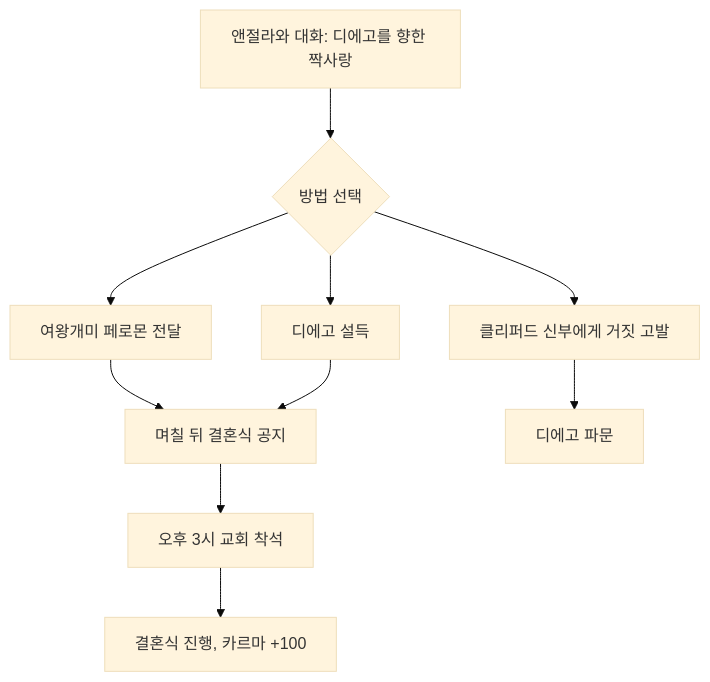
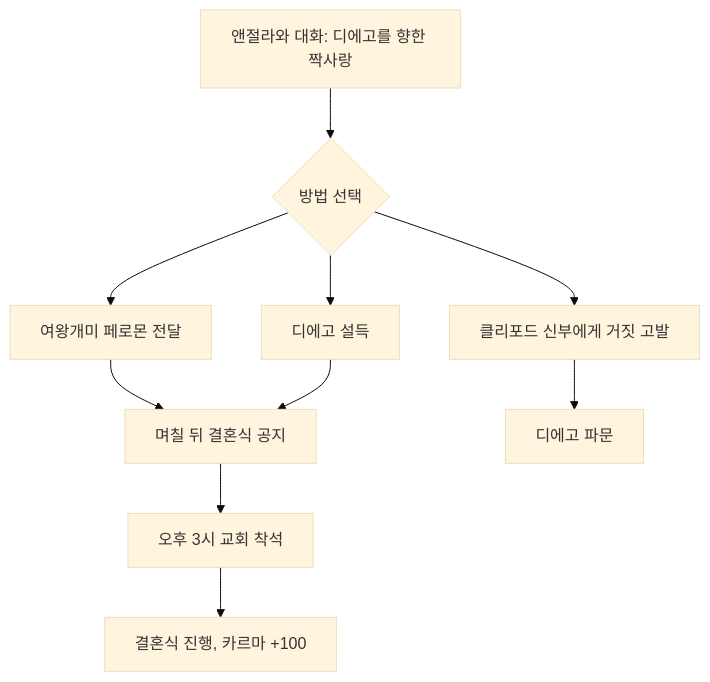
The second of 9 diagrams in docs/reverse-design/07_misc-quests-encounters.md (forsurvive/003), drawn with Mermaid (base theme) before and after one commit. The commit also changed other lines of this file and 17 other files, not shown here.

````diff
--- a/docs/reverse-design/07_misc-quests-encounters.md
+++ b/docs/reverse-design/07_misc-quests-encounters.md
@@ -274,12 +274,12 @@
 ```mermaid
 flowchart TD
     A["앤절라와 대화: 디에고를 향한 짝사랑"] --> B{"방법 선택"}
     B --> C["여왕개미 페로몬 전달"]
     B --> D["디에고 설득"]
-    B --> E["클리퍼드 신부에게 거짓 고발"]
+    B --> E["클리포드 신부에게 거짓 고발"]
     C --> F["며칠 뒤 결혼식 공지"]
     D --> F
     E --> G["디에고 파문"]
     F --> H["오후 3시 교회 착석"]
     H --> I["결혼식 진행, 카르마 +100"]
 ```
````
